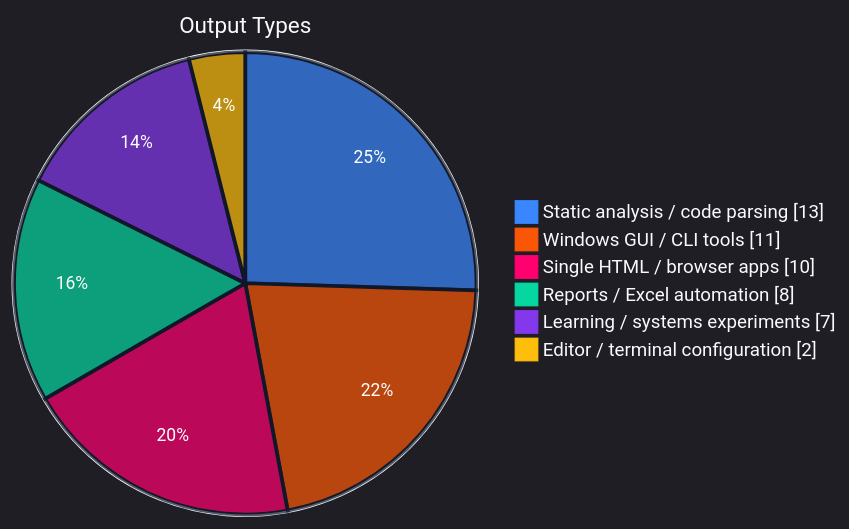
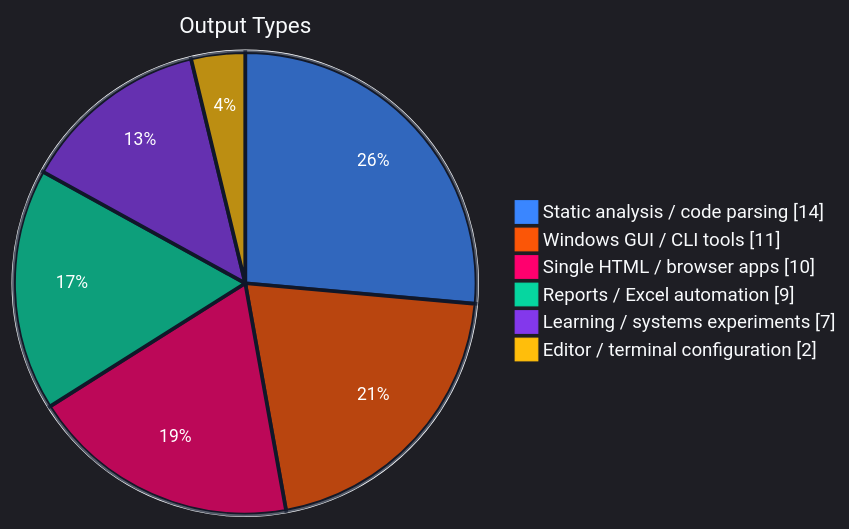
Before and after one commit to SSsan-00/SSsan-00: the second of 4 diagrams in README.md, drawn with Mermaid. The commit also changed other lines of this file and 2 other files, not shown here.

````diff
--- a/README.md
+++ b/README.md
@@ -56,11 +56,11 @@
 ```mermaid
 %%{init: {"theme":"dark","themeVariables":{"background":"#0f172a","mainBkg":"#0f172a","textColor":"#f8fafc","primaryTextColor":"#f8fafc","pieStrokeColor":"#0f172a","pieStrokeWidth":"3px","pieOuterStrokeColor":"#f8fafc","pieOuterStrokeWidth":"2px","pieTitleTextColor":"#f8fafc","pieTitleTextSize":"18px","pieLegendTextColor":"#f8fafc","pieLegendTextSize":"15px","pieSectionTextColor":"#ffffff","pieSectionTextSize":"14px","pie1":"#3a86ff","pie2":"#fb5607","pie3":"#ff006e","pie4":"#06d6a0","pie5":"#8338ec","pie6":"#ffbe0b"}}}%%
 pie showData
   title Output Types
-  "Static analysis / code parsing" : 13
+  "Static analysis / code parsing" : 14
   "Windows GUI / CLI tools" : 11
   "Single HTML / browser apps" : 10
-  "Reports / Excel automation" : 8
+  "Reports / Excel automation" : 9
   "Learning / systems experiments" : 7
   "Editor / terminal configuration" : 2
 ```
````
